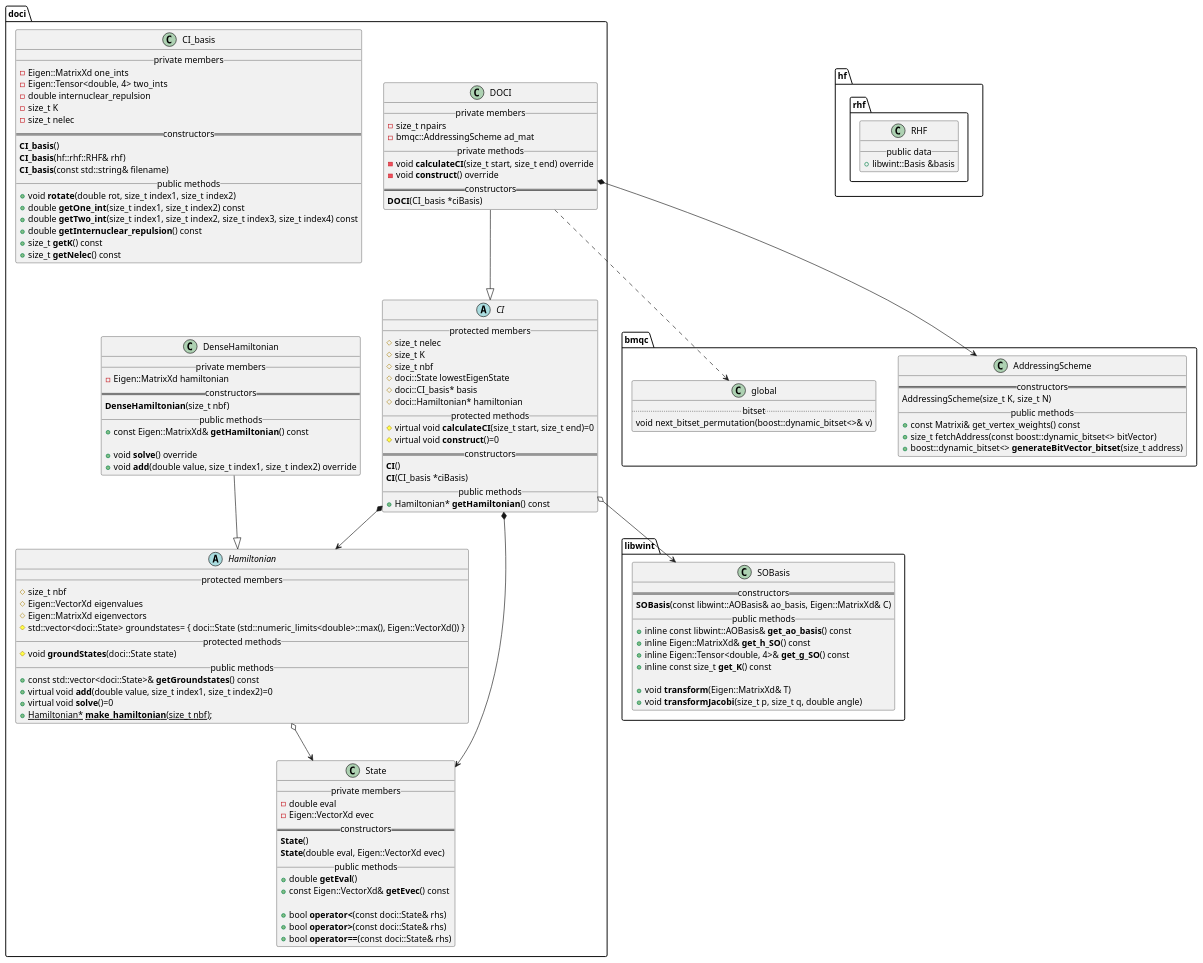
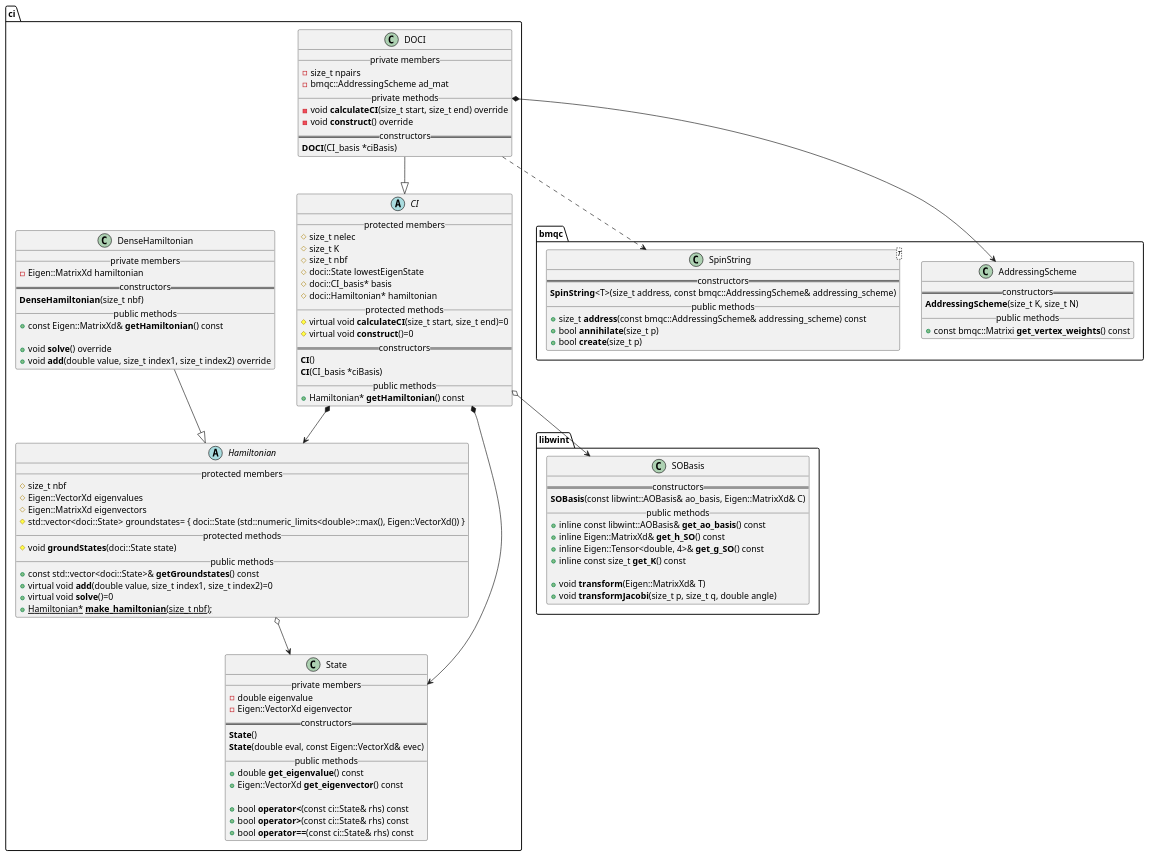
One commit to tmhuysen/ci changed the diagram in docs/ci.puml. Above: the diagram before and after it, drawn with PlantUML.

Commit message:
Update UML diagram.

```diff
--- a/docs/ci.puml
+++ b/docs/ci.puml
@@ -1,159 +1,131 @@
 @startuml
 
-namespace doci {
+namespace ci {
     abstract class CI {
         __ protected members __
             # size_t nelec
             # size_t K
             # size_t nbf
             # doci::State lowestEigenState
             # doci::CI_basis* basis
             # doci::Hamiltonian* hamiltonian
         __ protected methods __
             # virtual void **calculateCI**(size_t start, size_t end)=0
             # virtual void **construct**()=0
         == constructors ==
             **CI**()
             **CI**(CI_basis *ciBasis)
         __ public methods __
             + Hamiltonian* **getHamiltonian**() const
     }
 
 
     class DOCI {
         __ private members __
             - size_t npairs
             - bmqc::AddressingScheme ad_mat
         __ private methods __
             - void **calculateCI**(size_t start, size_t end) override
             - void **construct**() override
         == constructors ==
             **DOCI**(CI_basis *ciBasis)
     }
 
 
     class State {
         __ private members __
-            - double eval
-            - Eigen::VectorXd evec
+            - double eigenvalue
+            - Eigen::VectorXd eigenvector
         == constructors ==
             **State**()
-            **State**(double eval, Eigen::VectorXd evec)
+            **State**(double eval, const Eigen::VectorXd& evec)
         __ public methods __
-            + double **getEval**()
-            + const Eigen::VectorXd& **getEvec**() const
+            + double **get_eigenvalue**() const
+            + Eigen::VectorXd **get_eigenvector**() const
 
-            + bool **operator<**(const doci::State& rhs)
-            + bool **operator>**(const doci::State& rhs)
-            + bool **operator==**(const doci::State& rhs)
-    }
-
-
-    class CI_basis {
-        __ private members __
-            - Eigen::MatrixXd one_ints
-            - Eigen::Tensor<double, 4> two_ints
-            - double internuclear_repulsion
-            - size_t K
-            - size_t nelec
-        == constructors ==
-            **CI_basis**()
-            **CI_basis**(hf::rhf::RHF& rhf)
-            **CI_basis**(const std::string& filename)
-        __ public methods __
-            + void **rotate**(double rot, size_t index1, size_t index2)
-            + double **getOne_int**(size_t index1, size_t index2) const
-            + double **getTwo_int**(size_t index1, size_t index2, size_t index3, size_t index4) const
-            + double **getInternuclear_repulsion**() const
-            + size_t **getK**() const
-            + size_t **getNelec**() const
+            + bool **operator<**(const ci::State& rhs) const
+            + bool **operator>**(const ci::State& rhs) const
+            + bool **operator==**(const ci::State& rhs) const
     }
 
 
     abstract class Hamiltonian {
         __ protected members __
             # size_t nbf
             # Eigen::VectorXd eigenvalues
             # Eigen::MatrixXd eigenvectors
             # std::vector<doci::State> groundstates= { doci::State (std::numeric_limits<double>::max(), Eigen::VectorXd()) }
         __ protected methods __
             # void **groundStates**(doci::State state)
         __ public methods __
             + const std::vector<doci::State>& **getGroundstates**() const
             + virtual void **add**(double value, size_t index1, size_t index2)=0
             + virtual void **solve**()=0
             + {static} Hamiltonian* **make_hamiltonian**(size_t nbf);
     }
 
 
     class DenseHamiltonian {
         __ private members __
             - Eigen::MatrixXd hamiltonian
         == constructors ==
             **DenseHamiltonian**(size_t nbf)
         __ public methods __
             + const Eigen::MatrixXd& **getHamiltonian**() const
 
             + void **solve**() override
             + void **add**(double value, size_t index1, size_t index2) override
     }
 }
 
 
 namespace bmqc {
     class AddressingScheme {
         == constructors ==
-            AddressingScheme(size_t K, size_t N)
+            **AddressingScheme**(size_t K, size_t N)
         __ public methods __
-            + const Matrixi& get_vertex_weights() const
-            + size_t fetchAddress(const boost::dynamic_bitset<> bitVector)
-            + boost::dynamic_bitset<> **generateBitVector_bitset**(size_t address)
-    }
-
-    class global {
-        .. bitset ..
-            void next_bitset_permutation(boost::dynamic_bitset<>& v)
+            + const bmqc::Matrixi **get_vertex_weights**() const
     }
 
 
+    class SpinString<T> {
+        == constructors ==
+            **SpinString**<T>(size_t address, const bmqc::AddressingScheme& addressing_scheme)
+        __ public methods __
+            + size_t **address**(const bmqc::AddressingScheme& addressing_scheme) const
+            + bool **annihilate**(size_t p)
+            + bool **create**(size_t p)
+    }
 }
+
 
 namespace libwint {
     class SOBasis {
         == constructors ==
             **SOBasis**(const libwint::AOBasis& ao_basis, Eigen::MatrixXd& C)
         __ public methods __
             + inline const libwint::AOBasis& **get_ao_basis**() const
             + inline Eigen::MatrixXd& **get_h_SO**() const
             + inline Eigen::Tensor<double, 4>& **get_g_SO**() const
             + inline const size_t **get_K**() const
 
             + void **transform**(Eigen::MatrixXd& T)
             + void **transformJacobi**(size_t p, size_t q, double angle)
     }
 }
 
-namespace hf {
-    namespace rhf {
-        class RHF {
-            __ public data __
-                + libwint::Basis &basis
-        }
-    }
-}
 
+ci.Hamiltonian o--> ci.State
 
-doci.Hamiltonian o--> doci.State
+ci.DenseHamiltonian --|> ci.Hamiltonian
 
-doci.DenseHamiltonian --|> doci.Hamiltonian
+ci.CI *--> ci.State
+ci.CI o--> libwint.SOBasis
+ci.CI *--> ci.Hamiltonian
 
-doci.CI *--> doci.State
-doci.CI o--> libwint.SOBasis
-doci.CI *--> doci.Hamiltonian
-
-doci.DOCI --|> doci.CI
-doci.DOCI *--> bmqc.AddressingScheme
-doci.DOCI ..> bmqc.global
+ci.DOCI --|> ci.CI
+ci.DOCI *--> bmqc.AddressingScheme
+ci.DOCI ..> bmqc.SpinString
 
 
 @enduml
```
